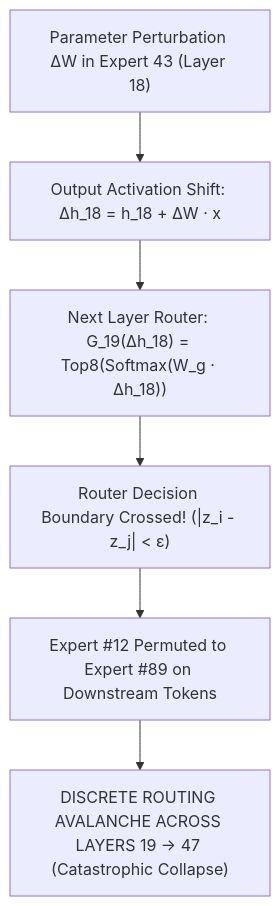
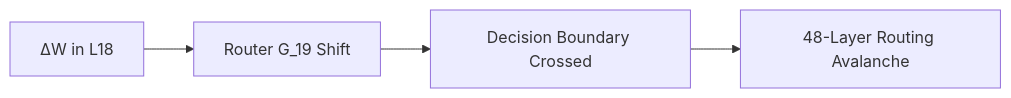
The diagram in obsidian/ReseachX/01_Generations/v05_Matched_MoE_Bakeoff_Router_Avalanche.md (srishanthsriramula/ReseachX), drawn with Mermaid before and after one commit. The commit also changed other lines of this file and 14 other files, not shown here.

Commit message:
Replace oversized and vertically sprawling Mermaid diagrams with compact responsive tables, algorithm callouts, and streamlined vector flowcharts

````diff
--- a/obsidian/ReseachX/01_Generations/v05_Matched_MoE_Bakeoff_Router_Avalanche.md
+++ b/obsidian/ReseachX/01_Generations/v05_Matched_MoE_Bakeoff_Router_Avalanche.md
@@ -47,8 +54,6 @@
 ```mermaid
-flowchart TD
-    EDIT["Parameter Perturbation ΔW in Expert 43 (Layer 18)"] --> ACT["Output Activation Shift: Δh_18 = h_18 + ΔW · x"]
-    ACT --> ROUTER["Next Layer Router: G_19(Δh_18) = Top8(Softmax(W_g · Δh_18))"]
-    ROUTER --> CROSS["Router Decision Boundary Crossed! (|z_i - z_j| < ε)"]
-    CROSS --> PERM["Expert #12 Permuted to Expert #89 on Downstream Tokens"]
-    PERM --> AVALANCHE["DISCRETE ROUTING AVALANCHE ACROSS LAYERS 19 → 47 (Catastrophic Collapse)"]
+flowchart LR
+    P["ΔW in L18"] --> R["Router G_19 Shift"]
+    R --> D["Decision Boundary Crossed"]
+    D --> A["48-Layer Routing Avalanche"]
 ```
````
